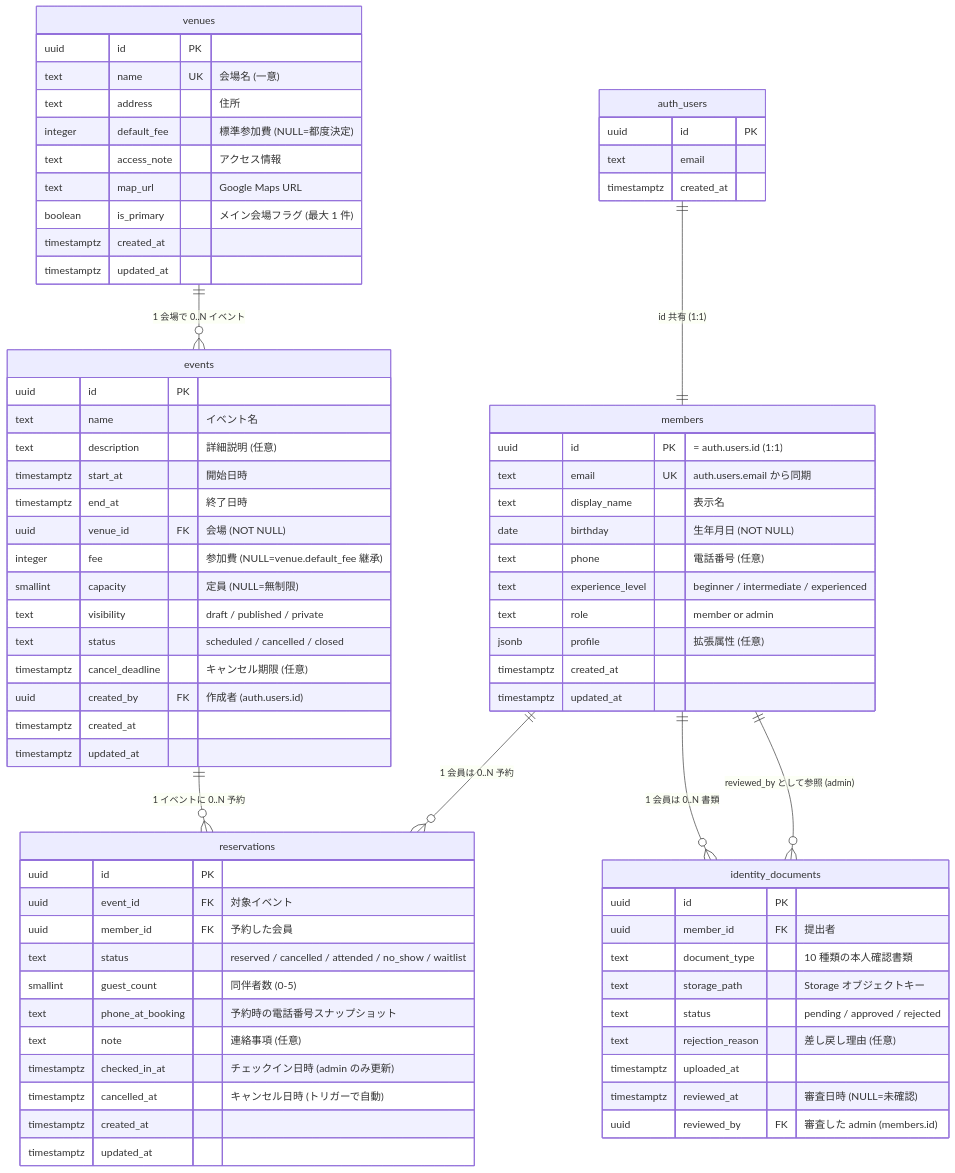
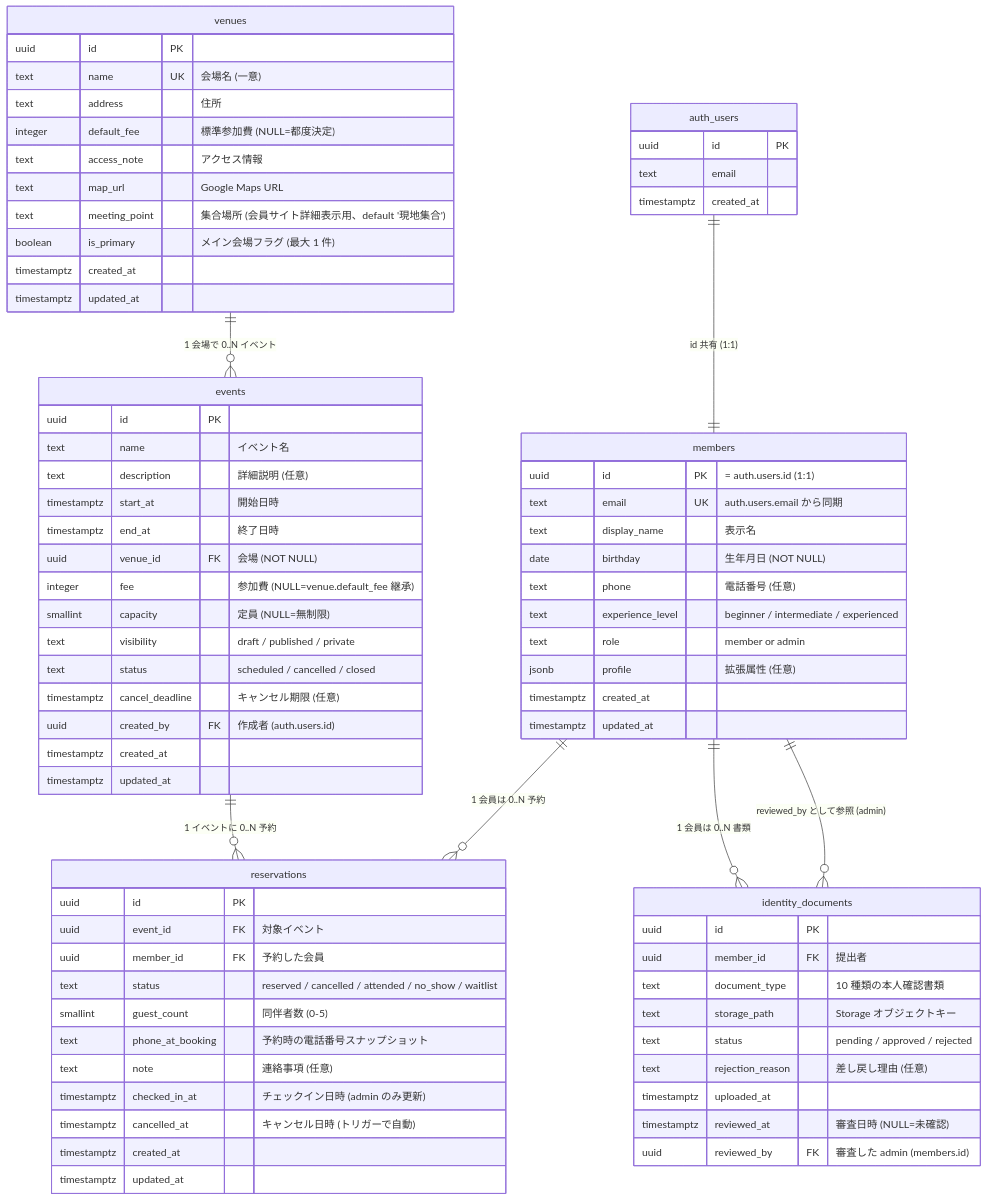
Before and after one commit to High-Q/high-q-volleyball: the diagram in docs/04-システム設計/01-DB設計/01-論理設計/論理設計.md, drawn with Mermaid. The commit also changed other lines of this file and 41 other files, not shown here.

```diff
--- a/docs/04-システム設計/01-DB設計/01-論理設計/論理設計.md
+++ b/docs/04-システム設計/01-DB設計/01-論理設計/論理設計.md
@@ -55,6 +55,7 @@
         integer default_fee "標準参加費 (NULL=都度決定)"
         text access_note "アクセス情報"
         text map_url "Google Maps URL"
+        text meeting_point "集合場所 (会員サイト詳細表示用、default '現地集合')"
         boolean is_primary "メイン会場フラグ (最大 1 件)"
         timestamptz created_at
         timestamptz updated_at
```
